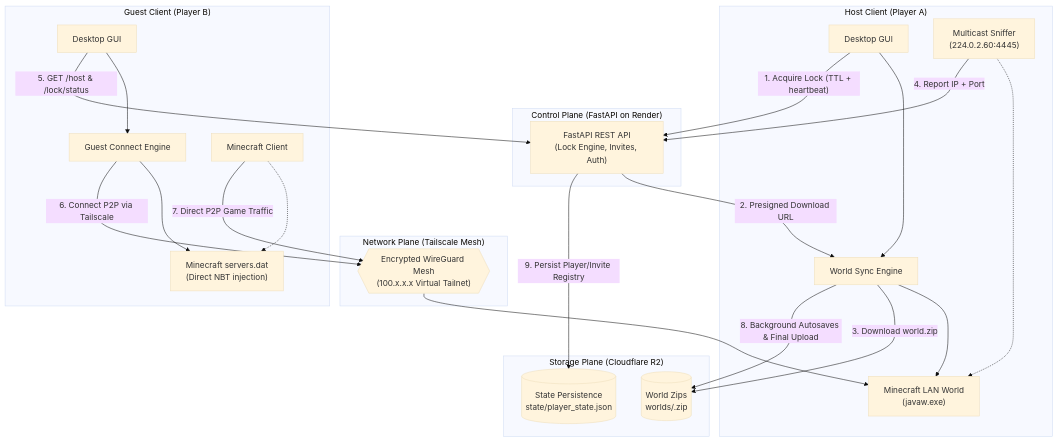
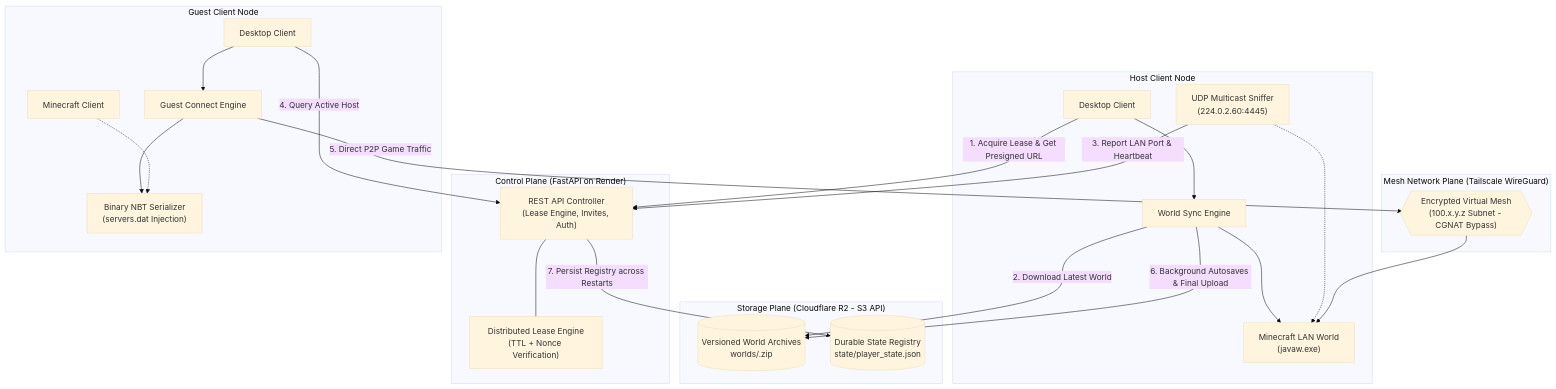
The diagram in README.md (DTSiPanda/MC_P2P_Server_Setup), drawn with Mermaid (base theme) before and after one commit. The commit also changed other lines of this file, not shown here.

````diff
--- a/README.md
+++ b/README.md
@@ -21,38 +21,38 @@
 ```mermaid
 flowchart TD
     subgraph Control_Plane["Control Plane (FastAPI on Render)"]
-        API["FastAPI REST API\n(Lock Engine, Invites, Auth)"]
+        API["REST API Controller\n(Lease Engine, Invites, Auth)"]
+        LockEngine["Distributed Lease Engine\n(TTL + Nonce Verification)"]
+        API --- LockEngine
     end
 
-    subgraph Storage_Plane["Storage Plane (Cloudflare R2)"]
-        R2_Worlds[("World Zips\nworlds/<version_id>.zip")]
-        R2_State[("State Persistence\nstate/player_state.json")]
+    subgraph Storage_Plane["Storage Plane (Cloudflare R2 - S3 API)"]
+        R2_Worlds[("Versioned World Archives\nworlds/<UUID>.zip")]
+        R2_State[("Durable State Registry\nstate/player_state.json")]
     end
 
-    subgraph Network_Plane["Network Plane (Tailscale Mesh)"]
-        TS_Mesh{{"Encrypted WireGuard Mesh\n(100.x.x.x Virtual Tailnet)"}}
+    subgraph Network_Plane["Mesh Network Plane (Tailscale WireGuard)"]
+        TS_Mesh{{"Encrypted Virtual Mesh\n(100.x.y.z Subnet - CGNAT Bypass)"}}
     end
 
-    subgraph Host_Node["Host Client (Player A)"]
-        Host_UI["Desktop GUI"] --> Host_Sync["World Sync Engine"]
-        Host_Sync --> MC_Host["Minecraft LAN World\n(javaw.exe)"]
-        Host_Sniff["Multicast Sniffer\n(224.0.2.60:4445)"] -.-> MC_Host
+    subgraph Host_Peer["Host Client Node"]
+        H_App["Desktop Client"] --> H_Sync["World Sync Engine"]
+        H_Sync --> MC_Host["Minecraft LAN World\n(javaw.exe)"]
+        H_Sniff["UDP Multicast Sniffer\n(224.0.2.60:4445)"] -.-> MC_Host
     end
 
-    subgraph Guest_Node["Guest Client (Player B)"]
-        Guest_UI["Desktop GUI"] --> Guest_Join["Guest Connect Engine"]
-        Guest_Join --> Servers_Dat["Minecraft servers.dat\n(Direct NBT injection)"]
-        MC_Guest["Minecraft Client"] -.-> Servers_Dat
+    subgraph Guest_Peer["Guest Client Node"]
+        G_App["Desktop Client"] --> G_Join["Guest Connect Engine"]
+        G_Join --> G_NBT["Binary NBT Serializer\n(servers.dat Injection)"]
+        MC_Guest["Minecraft Client"] -.-> G_NBT
     end
 
-    %% Interactions
-    Host_UI -- "1. Acquire Lock (TTL + heartbeat)" --> API
-    API -- "2. Presigned Download URL" --> Host_Sync
-    Host_Sync -- "3. Download world.zip" --> R2_Worlds
-    Host_Sniff -- "4. Report IP + Port" --> API
-    Guest_UI -- "5. GET /host & /lock/status" --> API
-    Guest_Join -- "6. Connect P2P via Tailscale" --> TS_Mesh
-    MC_Guest -- "7. Direct P2P Game Traffic" --> TS_Mesh --> MC_Host
-    Host_Sync -- "8. Background Autosaves & Final Upload" --> R2_Worlds
-    API -- "9. Persist Player/Invite Registry" --> R2_State
+    %% Key Workflows
+    H_App -- "1. Acquire Lease & Get Presigned URL" --> API
+    H_Sync -- "2. Download Latest World" --> R2_Worlds
+    H_Sniff -- "3. Report LAN Port & Heartbeat" --> API
+    G_App -- "4. Query Active Host" --> API
+    G_Join -- "5. Direct P2P Game Traffic" --> TS_Mesh --> MC_Host
+    H_Sync -- "6. Background Autosaves & Final Upload" --> R2_Worlds
+    API -- "7. Persist Registry across Restarts" --> R2_State
 ```
````
